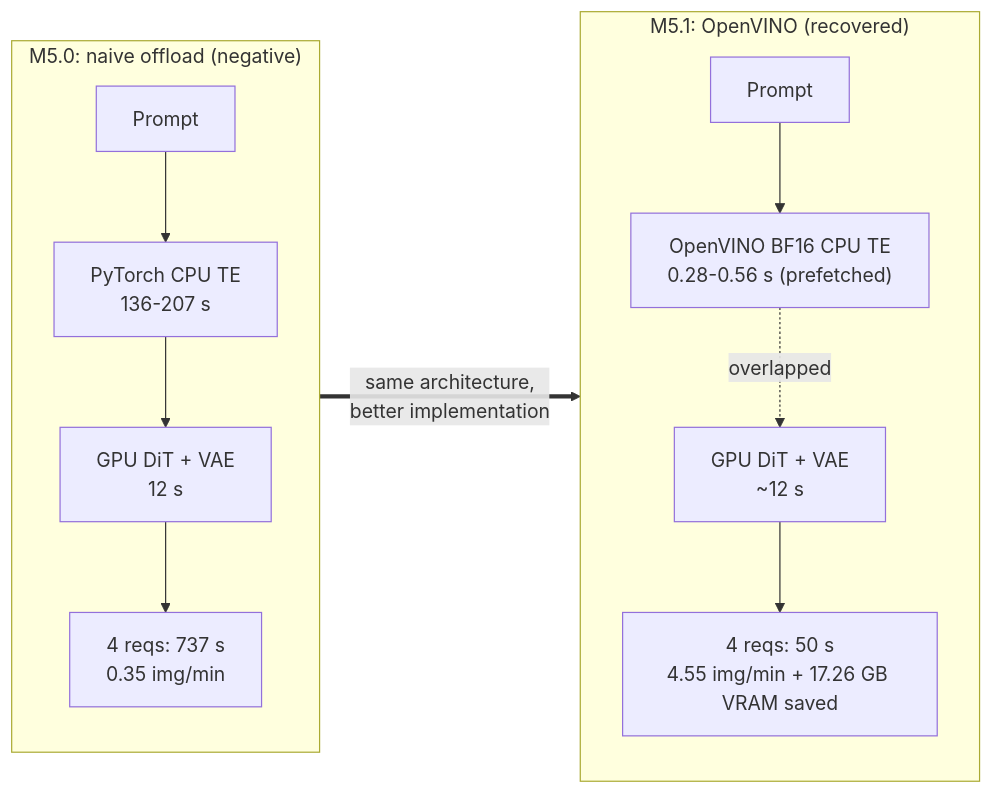
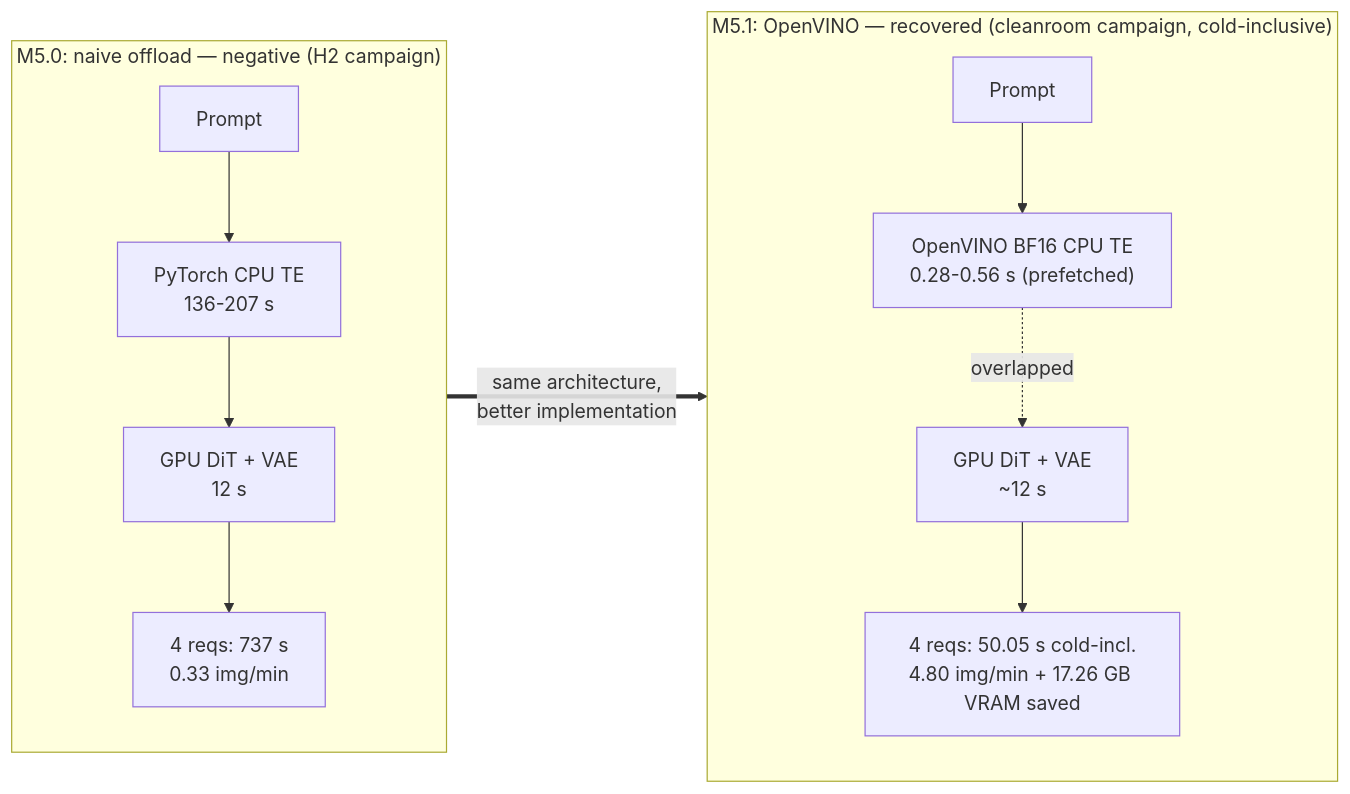
The diagram in README.md (AIwork4me/qwen-image-inference-tuning-course), drawn with Mermaid before and after one commit. The commit also changed other lines of this file and 4 other files, not shown here.

````diff
--- a/README.md
+++ b/README.md
@@ -69,14 +77,14 @@
 ```mermaid
 flowchart LR
-  subgraph M5.0 ["M5.0: naive offload (negative)"]
+  subgraph M5.0 ["M5.0: naive offload — negative (H2 campaign)"]
     A1["Prompt"] --> A2["PyTorch CPU TE<br/>136-207 s"]
     A2 --> A3["GPU DiT + VAE<br/>12 s"]
-    A3 --> A4["4 reqs: 737 s<br/>0.35 img/min"]
+    A3 --> A4["4 reqs: 737 s<br/>0.33 img/min"]
   end
-  subgraph M5.1 ["M5.1: OpenVINO (recovered)"]
+  subgraph M5.1 ["M5.1: OpenVINO — recovered (cleanroom campaign, cold-inclusive)"]
     B1["Prompt"] --> B2["OpenVINO BF16 CPU TE<br/>0.28-0.56 s (prefetched)"]
     B2 -. overlapped .-> B3["GPU DiT + VAE<br/>~12 s"]
-    B3 --> B4["4 reqs: 50 s<br/>4.55 img/min + 17.26 GB VRAM saved"]
+    B3 --> B4["4 reqs: 50.05 s cold-incl.<br/>4.80 img/min + 17.26 GB VRAM saved"]
   end
   M5.0 ==>|"same architecture,<br/>better implementation"| M5.1
 ```
````
